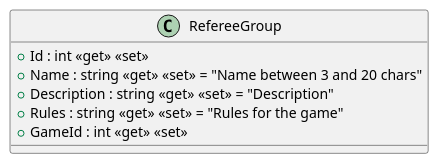
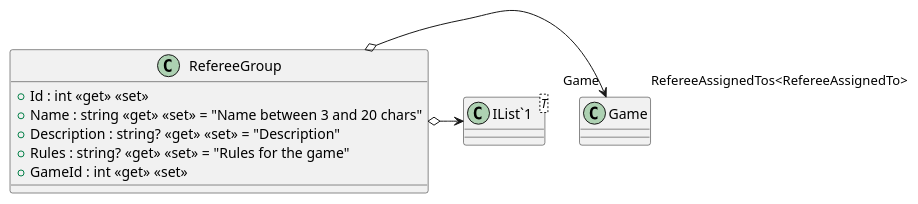
The diagram in src/AppForSEII.API/ClassDiagram/src/AppForSEII.API/Models/RefereeGroup.puml (SEII2627ZeroDay/ISII2627ZeroDay), drawn with PlantUML before and after one commit. The commit also changed 8 other files, not shown here.

Commit message:
docs: regenerate PlantUML class diagrams with all models and relationships

```diff
--- a/src/AppForSEII.API/ClassDiagram/src/AppForSEII.API/Models/RefereeGroup.puml
+++ b/src/AppForSEII.API/ClassDiagram/src/AppForSEII.API/Models/RefereeGroup.puml
@@ -1,9 +1,13 @@
 @startuml
 class RefereeGroup {
     + Id : int <<get>> <<set>>
     + Name : string <<get>> <<set>> = "Name between 3 and 20 chars"
-    + Description : string <<get>> <<set>> = "Description"
-    + Rules : string <<get>> <<set>> = "Rules for the game"
+    + Description : string? <<get>> <<set>> = "Description"
+    + Rules : string? <<get>> <<set>> = "Rules for the game"
     + GameId : int <<get>> <<set>>
 }
+class "IList`1"<T> {
+}
+RefereeGroup o-> "Game" Game
+RefereeGroup o-> "RefereeAssignedTos<RefereeAssignedTo>" "IList`1"
 @enduml
```
